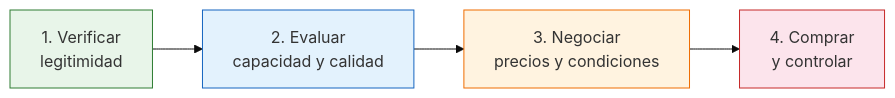
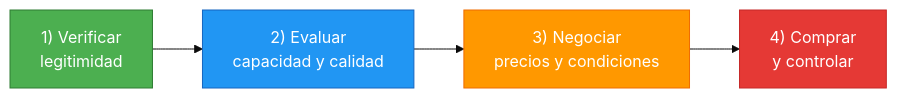
Before and after one commit to barrosignacioezequiel-coder/docs: the diagram in app/paso1-argentina/evaluar-negociar/introduccion.mdx, drawn with Mermaid (base theme). The commit also changed 66 other files, not shown here.

First line of the commit message:
fix: resolve Mermaid v11 numbered list errors + improve contrast

````diff
--- a/app/paso1-argentina/evaluar-negociar/introduccion.mdx
+++ b/app/paso1-argentina/evaluar-negociar/introduccion.mdx
@@ -31,11 +31,11 @@
 ```mermaid
 graph LR
-    A["1. Verificar<br/>legitimidad"] --> B["2. Evaluar<br/>capacidad y calidad"]
-    B --> C["3. Negociar<br/>precios y condiciones"]
-    C --> D["4. Comprar<br/>y controlar"]
+    A["1) Verificar<br/>legitimidad"] --> B["2) Evaluar<br/>capacidad y calidad"]
+    B --> C["3) Negociar<br/>precios y condiciones"]
+    C --> D["4) Comprar<br/>y controlar"]
 
-    style A fill:#e8f5e9,stroke:#2e7d32
-    style B fill:#e3f2fd,stroke:#1565c0
-    style C fill:#fff3e0,stroke:#ef6c00
-    style D fill:#fce4ec,stroke:#c62828
+    style A fill:#4caf50,stroke:#2e7d32,color:#fff
+    style B fill:#2196f3,stroke:#1565c0,color:#fff
+    style C fill:#ff9800,stroke:#ef6c00,color:#fff
+    style D fill:#e53935,stroke:#c62828,color:#fff
 ```
````
